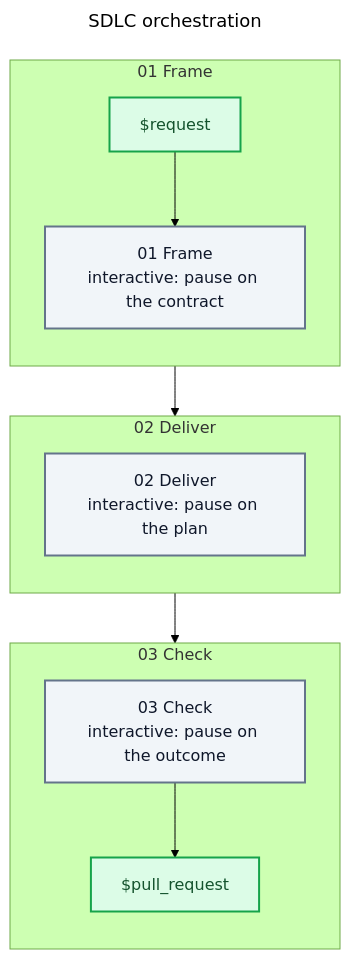
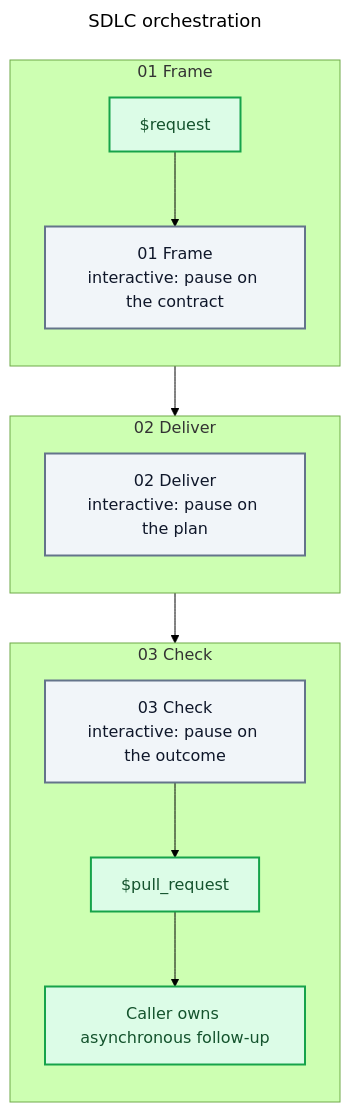
One commit to ai-driven-dev/framework changed the diagram in plugins/aidd-orchestrator/skills/01-sdlc/SKILL.md. Above: the diagram before and after it, drawn with Mermaid (forest theme). The commit also changed other lines of this file and 15 other files, not shown here.

Commit message:
fix(aidd-orchestrator): share pull request review state and budget

````diff
--- a/plugins/aidd-orchestrator/skills/01-sdlc/SKILL.md
+++ b/plugins/aidd-orchestrator/skills/01-sdlc/SKILL.md
@@ -15,33 +15,35 @@
 ```mermaid
 ---
 title: SDLC orchestration
 ---
 flowchart TD
   subgraph FrameStage["01 Frame"]
     direction TB
     Request["$request"]
     Frame["01 Frame<br/>interactive: pause on the contract"]
   end
 
   subgraph DeliverStage["02 Deliver"]
     direction TB
     Deliver["02 Deliver<br/>interactive: pause on the plan"]
   end
 
   subgraph CheckStage["03 Check"]
     direction TB
     Check["03 Check<br/>interactive: pause on the outcome"]
     PullRequest["$pull_request"]
+    FollowUp["Caller owns asynchronous follow-up"]
   end
 
   Request --> Frame
   Frame --> Deliver
   Deliver --> Check
   Check --> PullRequest
+  PullRequest --> FollowUp
 
   classDef artifact fill:#DCFCE7,stroke:#16A34A,color:#14532D,stroke-width:2px
   classDef zone fill:#F1F5F9,stroke:#64748B,color:#0F172A,stroke-width:2px
 
-  class Request,PullRequest artifact
+  class Request,PullRequest,FollowUp artifact
   class Frame,Deliver,Check zone
 ```
````
